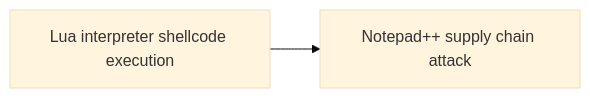
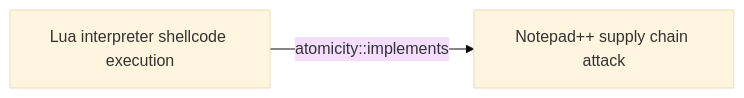
One commit to opentidehq/library changed the first of 2 diagrams in docs/threats/lua-interpreter-shellcode-execution.md. Above: the diagram before and after it, drawn with Mermaid (base theme). The commit also changed other lines of this file and 277 other files, not shown here.

````diff
--- a/docs/threats/lua-interpreter-shellcode-execution.md
+++ b/docs/threats/lua-interpreter-shellcode-execution.md
@@ -244,6 +277,6 @@
 ```mermaid
 flowchart LR
 bc365789_bdbb_4e78_b2ae_b097a7ccd35f["Lua interpreter shellcode execution"]
 8b7cae6f_b6cf_4414_9cdc_fe8c8ee7ee22["Notepad++ supply chain attack"]
-bc365789_bdbb_4e78_b2ae_b097a7ccd35f --> 8b7cae6f_b6cf_4414_9cdc_fe8c8ee7ee22
+bc365789_bdbb_4e78_b2ae_b097a7ccd35f -->|atomicity::implements| 8b7cae6f_b6cf_4414_9cdc_fe8c8ee7ee22
 ```
````
